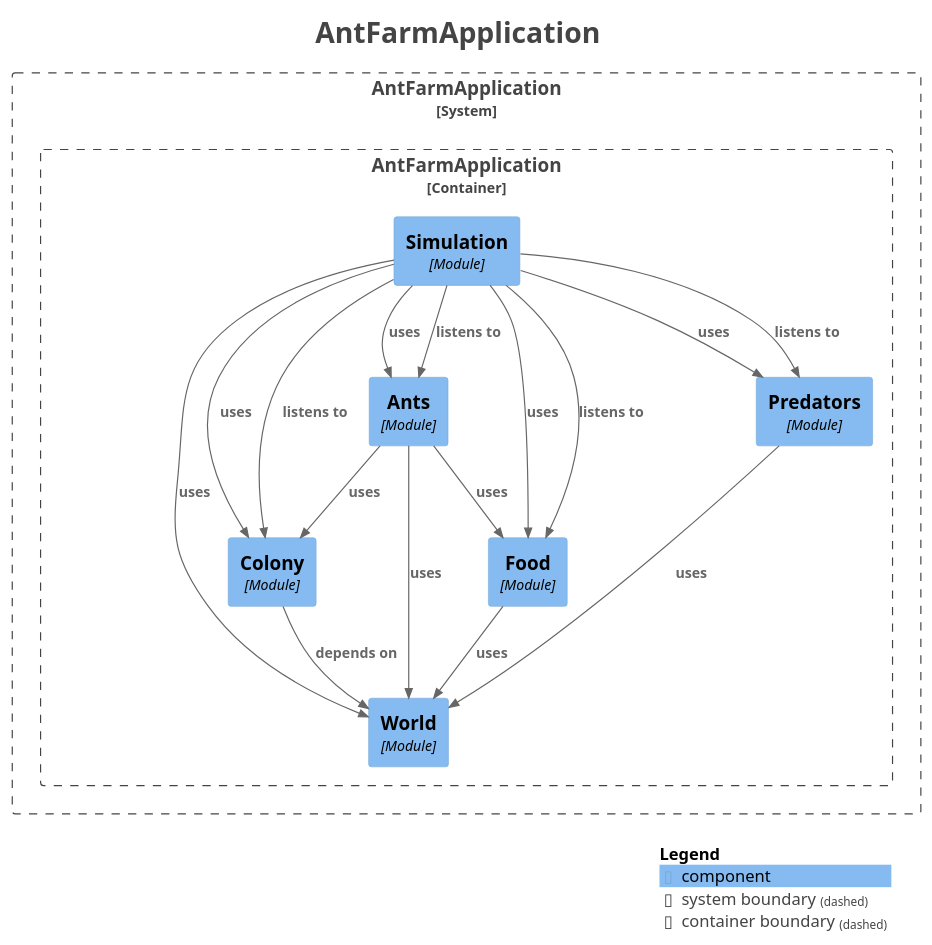
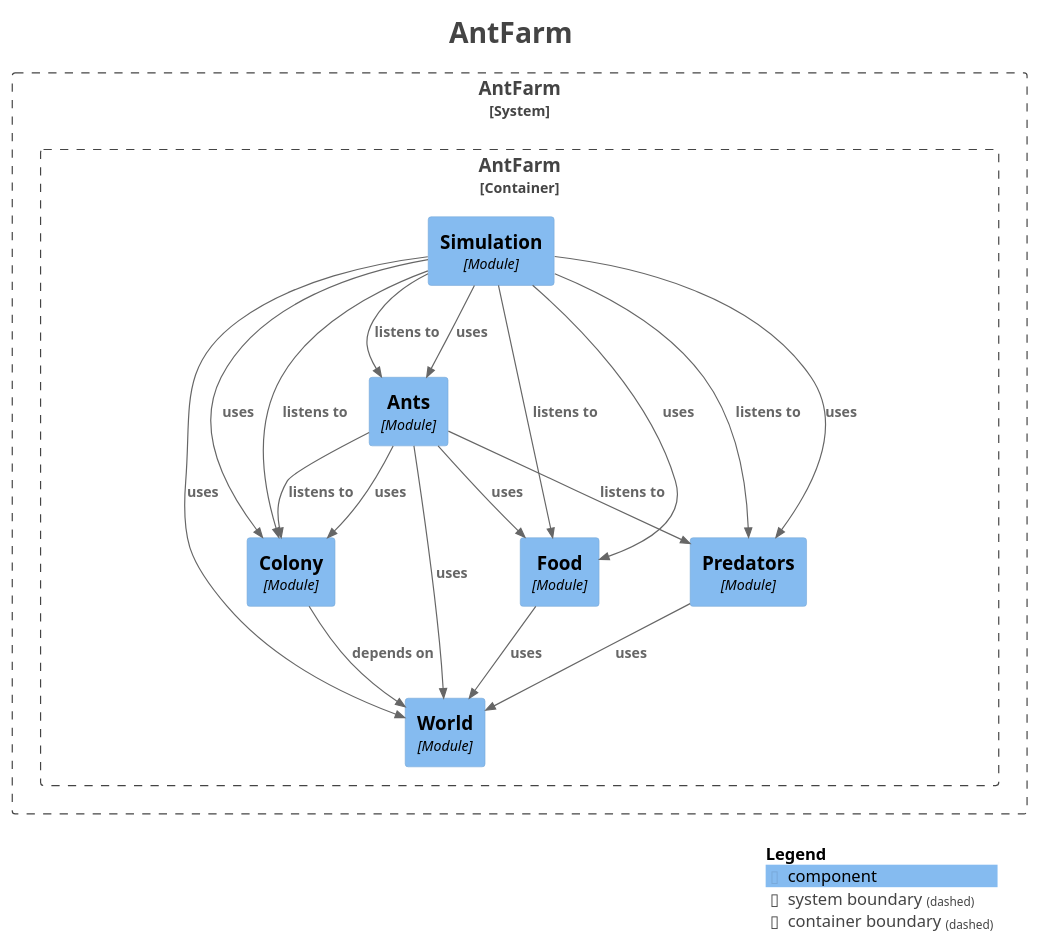
The diagram in src/main/resources/static/docs/components.puml (BlockCat/ddd-ants), drawn with PlantUML before and after one commit. The commit also changed 47 other files, not shown here.

First line of the commit message:
Refactor AntFarm application structure and enhance documentation

```diff
--- a/src/main/resources/static/docs/components.puml
+++ b/src/main/resources/static/docs/components.puml
@@ -1,48 +1,50 @@
 @startuml
-title <size:24>AntFarmApplication</size>
+title <size:24>AntFarm</size>
 
 set separator none
 top to bottom direction
 
 <style>
   root {
     BackgroundColor: #ffffff
     FontColor: #444444
   }
 </style>
 
 !include <C4/C4>
 !include <C4/C4_Context>
 !include <C4/C4_Component>
 
-System_Boundary("AntFarmApplication_boundary", "AntFarmApplication", $tags="") {
-  Container_Boundary("AntFarmApplication.AntFarmApplication_boundary", "AntFarmApplication", $tags="") {
-    Component(AntFarmApplication.AntFarmApplication.World, "World", $techn="Module", $descr="", $tags="", $link="")
-    Component(AntFarmApplication.AntFarmApplication.Colony, "Colony", $techn="Module", $descr="", $tags="", $link="")
-    Component(AntFarmApplication.AntFarmApplication.Food, "Food", $techn="Module", $descr="", $tags="", $link="")
-    Component(AntFarmApplication.AntFarmApplication.Predators, "Predators", $techn="Module", $descr="", $tags="", $link="")
-    Component(AntFarmApplication.AntFarmApplication.Ants, "Ants", $techn="Module", $descr="", $tags="", $link="")
-    Component(AntFarmApplication.AntFarmApplication.Simulation, "Simulation", $techn="Module", $descr="", $tags="", $link="")
+System_Boundary("AntFarm_boundary", "AntFarm", $tags="") {
+  Container_Boundary("AntFarm.AntFarm_boundary", "AntFarm", $tags="") {
+    Component(AntFarm.AntFarm.World, "World", $techn="Module", $descr="", $tags="", $link="")
+    Component(AntFarm.AntFarm.Colony, "Colony", $techn="Module", $descr="", $tags="", $link="")
+    Component(AntFarm.AntFarm.Food, "Food", $techn="Module", $descr="", $tags="", $link="")
+    Component(AntFarm.AntFarm.Predators, "Predators", $techn="Module", $descr="", $tags="", $link="")
+    Component(AntFarm.AntFarm.Ants, "Ants", $techn="Module", $descr="", $tags="", $link="")
+    Component(AntFarm.AntFarm.Simulation, "Simulation", $techn="Module", $descr="", $tags="", $link="")
   }
 
 }
 
-Rel(AntFarmApplication.AntFarmApplication.Predators, AntFarmApplication.AntFarmApplication.World, "uses", $techn="", $tags="", $link="")
-Rel(AntFarmApplication.AntFarmApplication.Food, AntFarmApplication.AntFarmApplication.World, "uses", $techn="", $tags="", $link="")
-Rel(AntFarmApplication.AntFarmApplication.Colony, AntFarmApplication.AntFarmApplication.World, "depends on", $techn="", $tags="", $link="")
-Rel(AntFarmApplication.AntFarmApplication.Simulation, AntFarmApplication.AntFarmApplication.Colony, "listens to", $techn="", $tags="", $link="")
-Rel(AntFarmApplication.AntFarmApplication.Simulation, AntFarmApplication.AntFarmApplication.Ants, "listens to", $techn="", $tags="", $link="")
-Rel(AntFarmApplication.AntFarmApplication.Simulation, AntFarmApplication.AntFarmApplication.Food, "listens to", $techn="", $tags="", $link="")
-Rel(AntFarmApplication.AntFarmApplication.Simulation, AntFarmApplication.AntFarmApplication.Predators, "listens to", $techn="", $tags="", $link="")
-Rel(AntFarmApplication.AntFarmApplication.Simulation, AntFarmApplication.AntFarmApplication.World, "uses", $techn="", $tags="", $link="")
-Rel(AntFarmApplication.AntFarmApplication.Simulation, AntFarmApplication.AntFarmApplication.Colony, "uses", $techn="", $tags="", $link="")
-Rel(AntFarmApplication.AntFarmApplication.Simulation, AntFarmApplication.AntFarmApplication.Ants, "uses", $techn="", $tags="", $link="")
-Rel(AntFarmApplication.AntFarmApplication.Simulation, AntFarmApplication.AntFarmApplication.Food, "uses", $techn="", $tags="", $link="")
-Rel(AntFarmApplication.AntFarmApplication.Simulation, AntFarmApplication.AntFarmApplication.Predators, "uses", $techn="", $tags="", $link="")
-Rel(AntFarmApplication.AntFarmApplication.Ants, AntFarmApplication.AntFarmApplication.World, "uses", $techn="", $tags="", $link="")
-Rel(AntFarmApplication.AntFarmApplication.Ants, AntFarmApplication.AntFarmApplication.Colony, "uses", $techn="", $tags="", $link="")
-Rel(AntFarmApplication.AntFarmApplication.Ants, AntFarmApplication.AntFarmApplication.Food, "uses", $techn="", $tags="", $link="")
+Rel(AntFarm.AntFarm.Predators, AntFarm.AntFarm.World, "uses", $techn="", $tags="", $link="")
+Rel(AntFarm.AntFarm.Food, AntFarm.AntFarm.World, "uses", $techn="", $tags="", $link="")
+Rel(AntFarm.AntFarm.Simulation, AntFarm.AntFarm.Colony, "listens to", $techn="", $tags="", $link="")
+Rel(AntFarm.AntFarm.Simulation, AntFarm.AntFarm.Food, "listens to", $techn="", $tags="", $link="")
+Rel(AntFarm.AntFarm.Simulation, AntFarm.AntFarm.Ants, "listens to", $techn="", $tags="", $link="")
+Rel(AntFarm.AntFarm.Simulation, AntFarm.AntFarm.Predators, "listens to", $techn="", $tags="", $link="")
+Rel(AntFarm.AntFarm.Simulation, AntFarm.AntFarm.World, "uses", $techn="", $tags="", $link="")
+Rel(AntFarm.AntFarm.Simulation, AntFarm.AntFarm.Colony, "uses", $techn="", $tags="", $link="")
+Rel(AntFarm.AntFarm.Simulation, AntFarm.AntFarm.Ants, "uses", $techn="", $tags="", $link="")
+Rel(AntFarm.AntFarm.Simulation, AntFarm.AntFarm.Food, "uses", $techn="", $tags="", $link="")
+Rel(AntFarm.AntFarm.Simulation, AntFarm.AntFarm.Predators, "uses", $techn="", $tags="", $link="")
+Rel(AntFarm.AntFarm.Ants, AntFarm.AntFarm.Colony, "listens to", $techn="", $tags="", $link="")
+Rel(AntFarm.AntFarm.Ants, AntFarm.AntFarm.Predators, "listens to", $techn="", $tags="", $link="")
+Rel(AntFarm.AntFarm.Ants, AntFarm.AntFarm.World, "uses", $techn="", $tags="", $link="")
+Rel(AntFarm.AntFarm.Ants, AntFarm.AntFarm.Colony, "uses", $techn="", $tags="", $link="")
+Rel(AntFarm.AntFarm.Ants, AntFarm.AntFarm.Food, "uses", $techn="", $tags="", $link="")
+Rel(AntFarm.AntFarm.Colony, AntFarm.AntFarm.World, "depends on", $techn="", $tags="", $link="")
 
 SHOW_LEGEND(true)
 hide stereotypes
 @enduml
```
